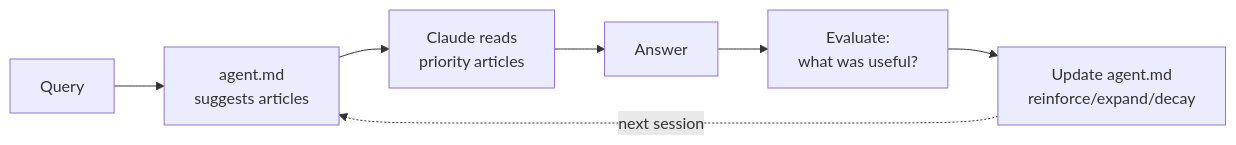
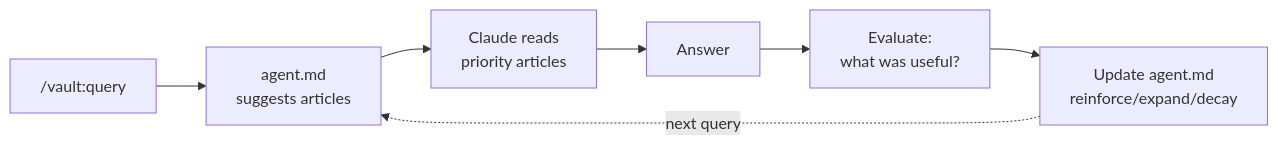
The third of 3 diagrams in README.md (psypeal/claude-knowledge-vault), drawn with Mermaid before and after one commit. The commit also changed other lines of this file and 25 other files, not shown here.

````diff
--- a/README.md
+++ b/README.md
@@ -277,9 +316,9 @@
 ```mermaid
 flowchart LR
-    Q["Query"] --> A["agent.md\nsuggests articles"]
+    Q["/vault:query"] --> A["agent.md\nsuggests articles"]
     A --> R["Claude reads\npriority articles"]
     R --> ANS["Answer"]
     ANS --> E["Evaluate:\nwhat was useful?"]
     E --> U["Update agent.md\nreinforce/expand/decay"]
-    U -.->|next session| A
+    U -.->|next query| A
 ```
````
